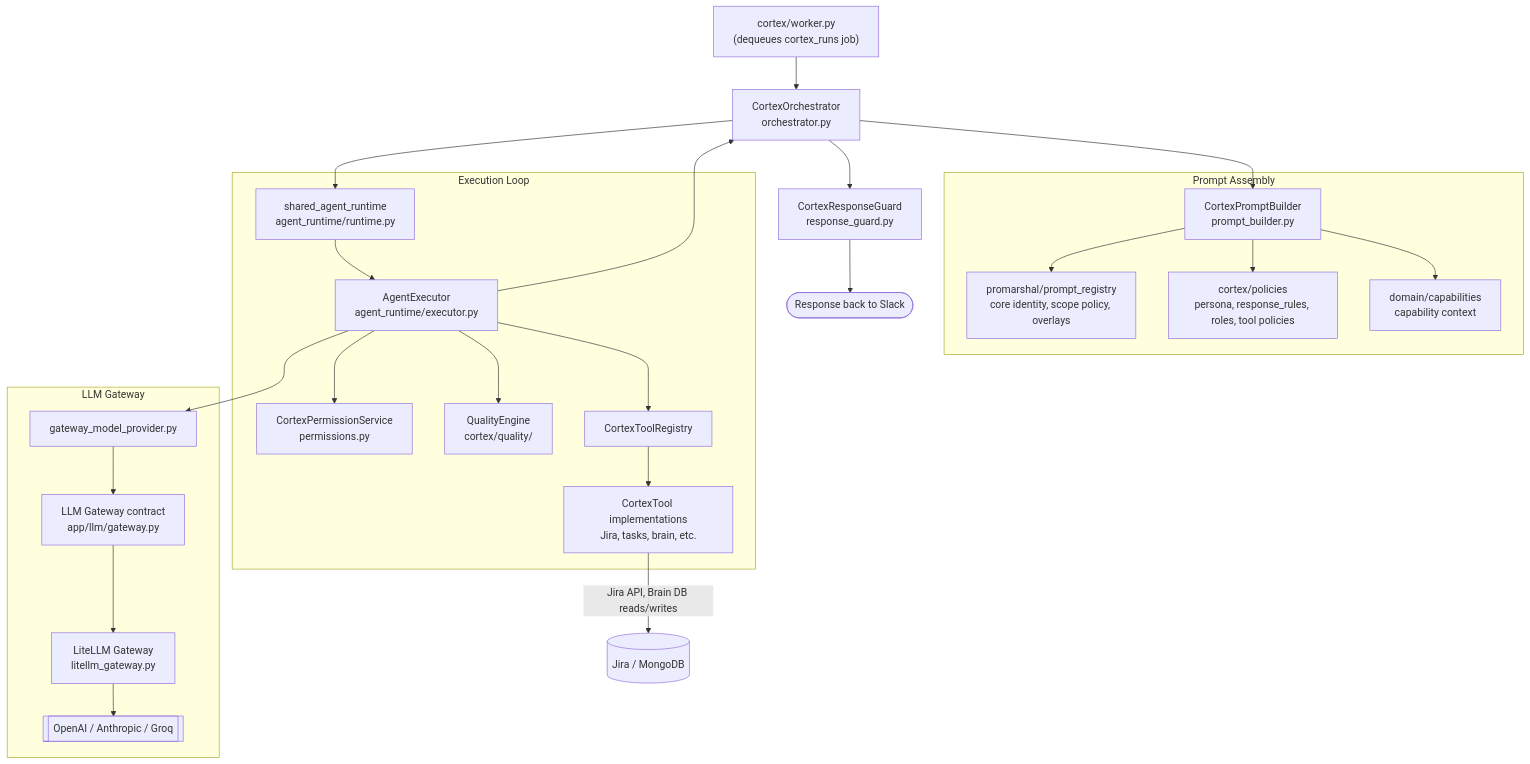
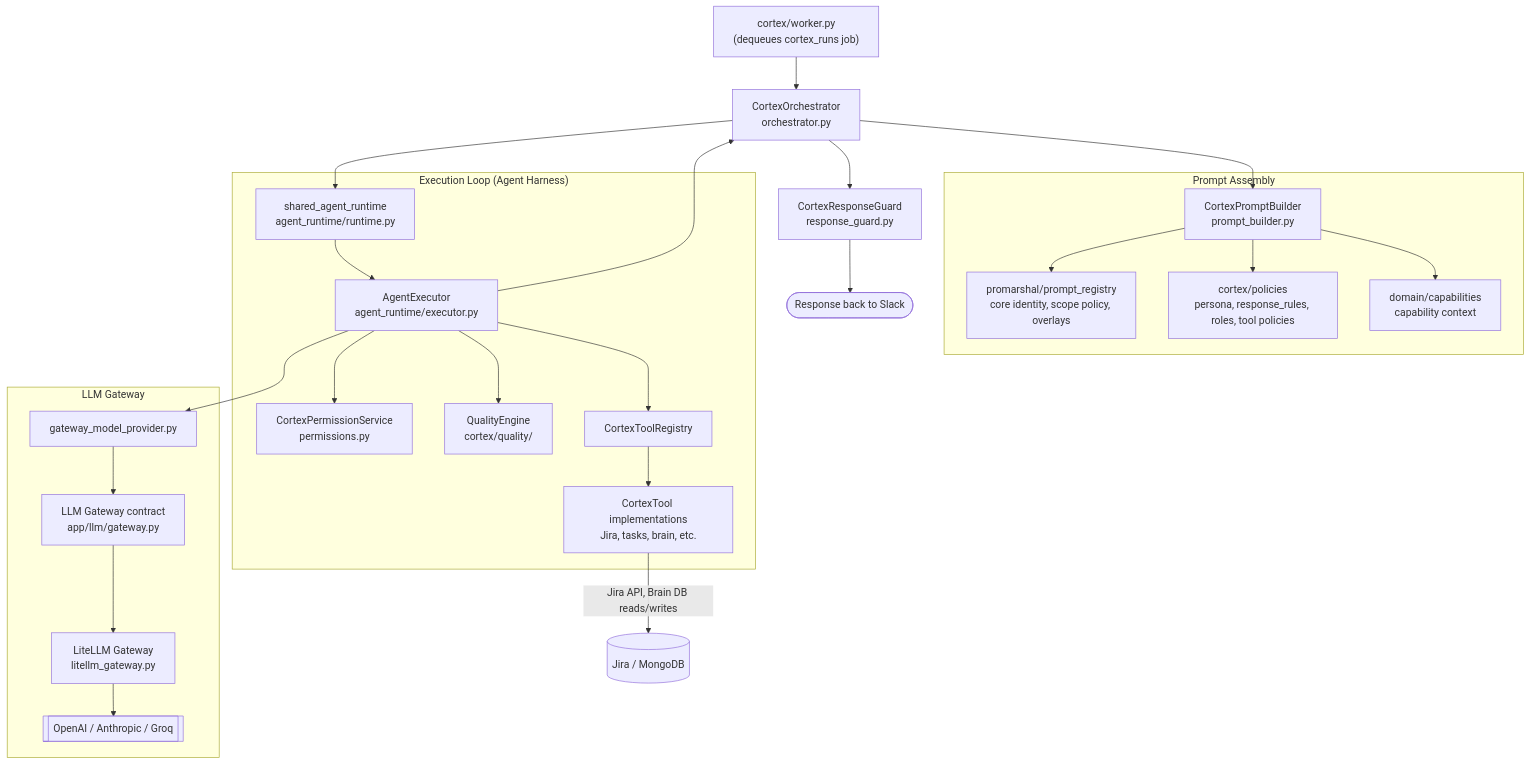
One commit to ProMarshal/ProMarshal changed the diagram in docs/architecture/system-architecture.md. Above: the diagram before and after it, drawn with Mermaid. The commit also changed other lines of this file, not shown here.

First line of the commit message:
docs: label the agent_runtime execution loop as 'agent harness'

````diff
--- a/docs/architecture/system-architecture.md
+++ b/docs/architecture/system-architecture.md
@@ -144,50 +144,50 @@
 ```mermaid
 graph TB
     Worker["cortex/worker.py\n(dequeues cortex_runs job)"]
     Orchestrator["CortexOrchestrator\norchestrator.py"]
 
     subgraph PA["Prompt Assembly"]
         PromptBuilder["CortexPromptBuilder\nprompt_builder.py"]
         PromptRegistry["promarshal/prompt_registry\ncore identity, scope policy, overlays"]
         Policies["cortex/policies\npersona, response_rules, roles, tool policies"]
         Capabilities["domain/capabilities\ncapability context"]
     end
 
-    subgraph EL["Execution Loop"]
+    subgraph EL["Execution Loop (Agent Harness)"]
         Runtime["shared_agent_runtime\nagent_runtime/runtime.py"]
         Executor["AgentExecutor\nagent_runtime/executor.py"]
         Permissions["CortexPermissionService\npermissions.py"]
         Quality["QualityEngine\ncortex/quality/"]
         ToolRegistry["CortexToolRegistry"]
         Tools["CortexTool implementations\nJira, tasks, brain, etc."]
     end
 
     subgraph LG["LLM Gateway"]
         GatewayProvider["gateway_model_provider.py"]
         Gateway["LLM Gateway contract\napp/llm/gateway.py"]
         LiteLLM["LiteLLM Gateway\nlitellm_gateway.py"]
         Providers[["OpenAI / Anthropic / Groq"]]
     end
 
     ResponseGuard["CortexResponseGuard\nresponse_guard.py"]
 
     Worker --> Orchestrator
     Orchestrator --> PromptBuilder
     PromptBuilder --> PromptRegistry
     PromptBuilder --> Policies
     PromptBuilder --> Capabilities
     Orchestrator --> Runtime
     Runtime --> Executor
     Executor --> Permissions
     Executor --> Quality
     Executor --> ToolRegistry
     ToolRegistry --> Tools
     Tools -->|Jira API, Brain DB reads/writes| External[("Jira / MongoDB")]
     Executor --> GatewayProvider
     GatewayProvider --> Gateway
     Gateway --> LiteLLM
     LiteLLM --> Providers
     Executor --> Orchestrator
     Orchestrator --> ResponseGuard
     ResponseGuard --> Out(["Response back to Slack"])
 ```
````
